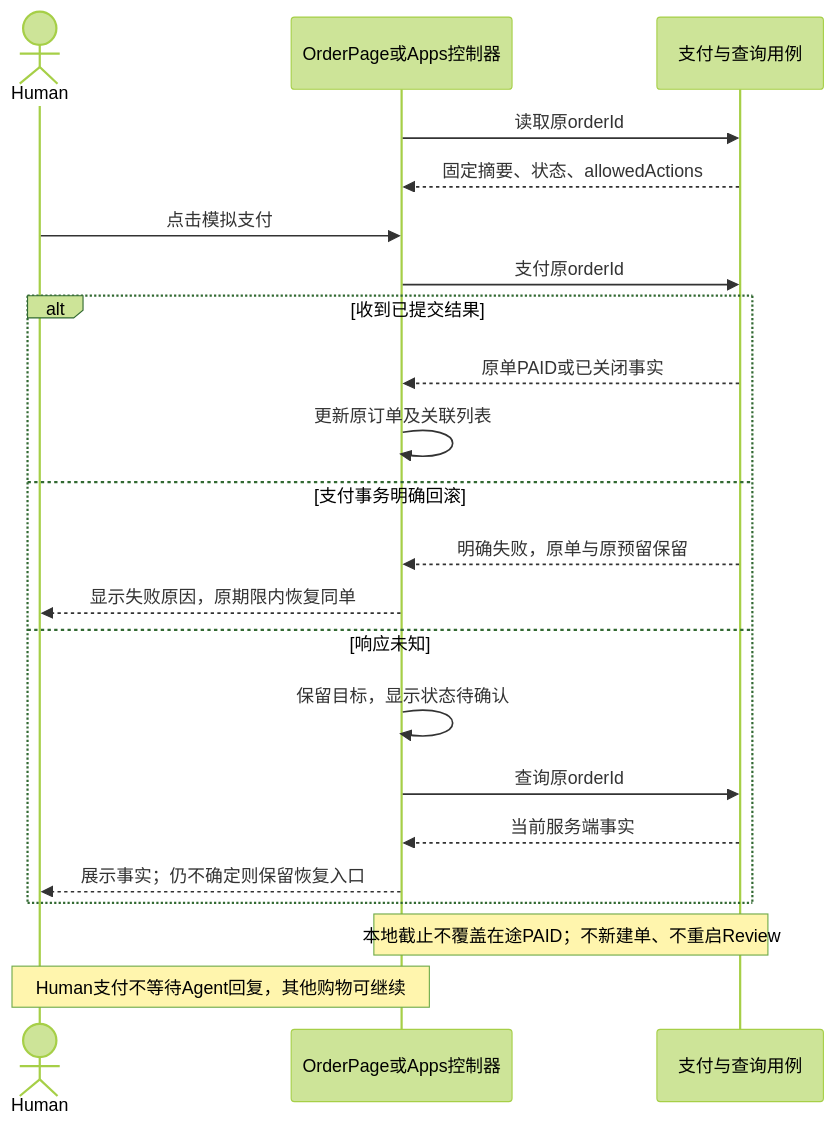
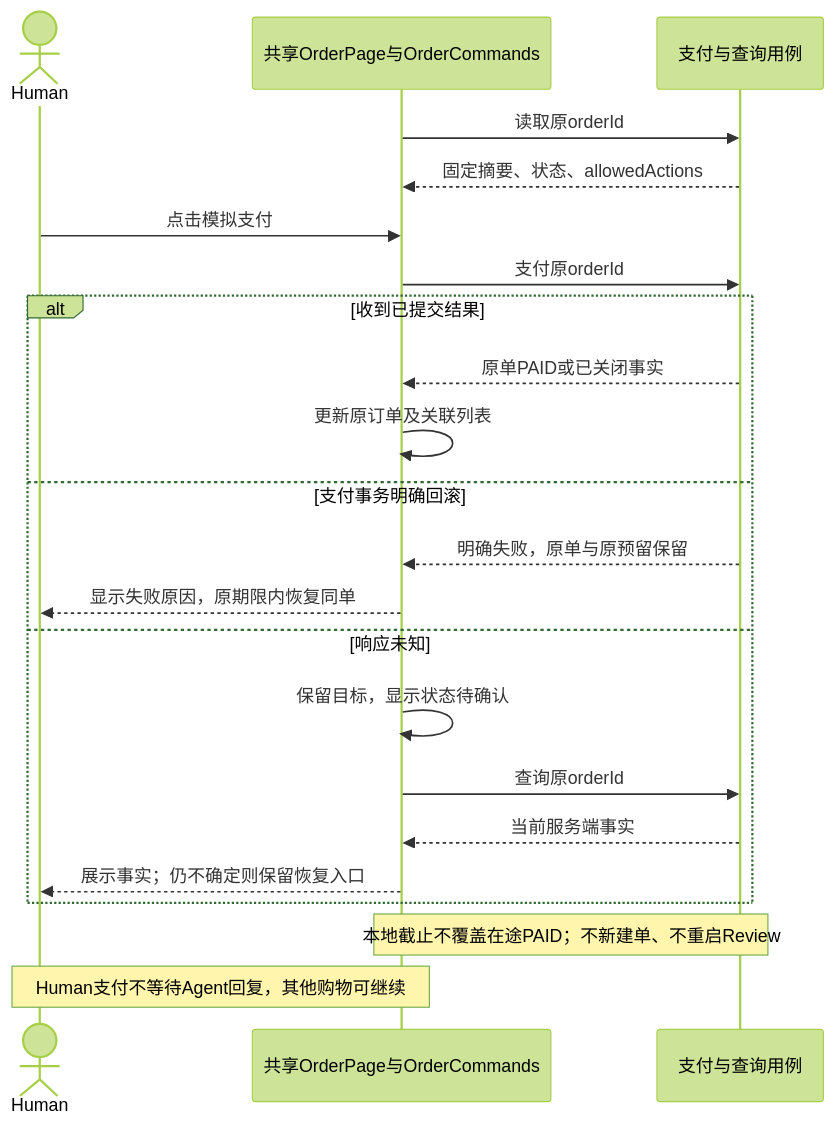
Diagram 12 of 14 in docs/engineering/TECHNICAL_DESIGN.md (linshuohao/agent-ready-store), drawn with Mermaid (forest theme) before and after one commit. The commit also changed other lines of this file and 94 other files, not shown here.

````diff
--- a/docs/engineering/TECHNICAL_DESIGN.md
+++ b/docs/engineering/TECHNICAL_DESIGN.md
@@ -488,24 +512,24 @@
 ```mermaid
 sequenceDiagram
     actor H as Human
-    participant UI as OrderPage或Apps控制器
+    participant UI as 共享OrderPage与OrderCommands
     participant API as 支付与查询用例
     UI->>API: 读取原orderId
     API-->>UI: 固定摘要、状态、allowedActions
     H->>UI: 点击模拟支付
     UI->>API: 支付原orderId
     alt 收到已提交结果
         API-->>UI: 原单PAID或已关闭事实
         UI->>UI: 更新原订单及关联列表
     else 支付事务明确回滚
         API-->>UI: 明确失败，原单与原预留保留
         UI-->>H: 显示失败原因，原期限内恢复同单
     else 响应未知
         UI->>UI: 保留目标，显示状态待确认
         UI->>API: 查询原orderId
         API-->>UI: 当前服务端事实
         UI-->>H: 展示事实；仍不确定则保留恢复入口
     end
     Note over UI,API: 本地截止不覆盖在途PAID；不新建单、不重启Review
     Note over H,UI: Human支付不等待Agent回复，其他购物可继续
 ```
````
